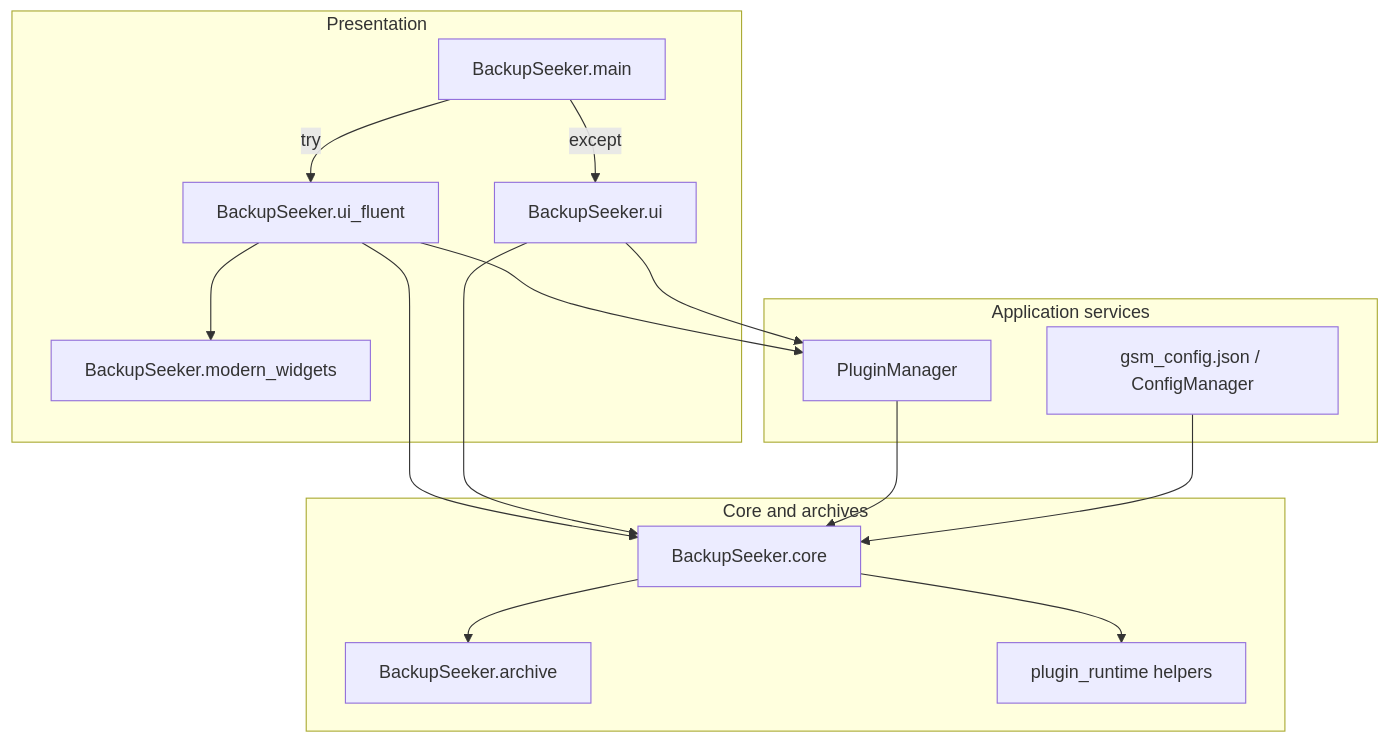
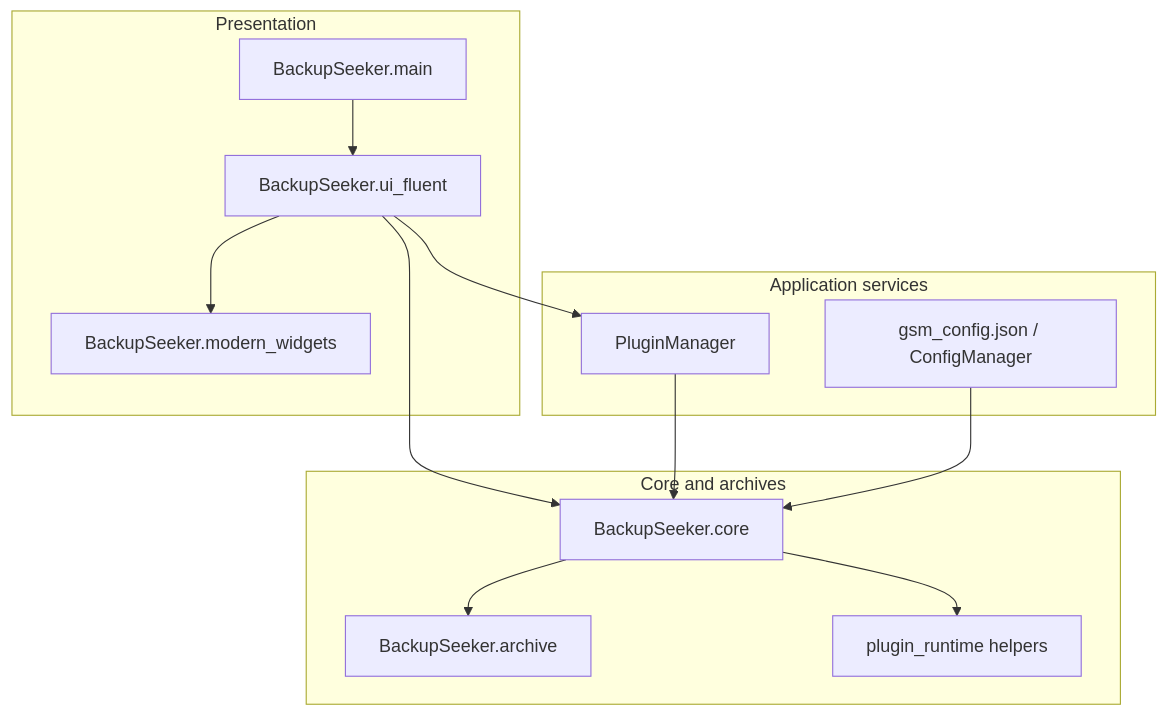
The diagram in Docs/ARCHITECTURE.md (RaSan147/BackupSeeker), drawn with Mermaid before and after one commit. The commit also changed other lines of this file and 10 other files, not shown here.

````diff
--- a/Docs/ARCHITECTURE.md
+++ b/Docs/ARCHITECTURE.md
@@ -7,29 +7,25 @@
 ```mermaid
 flowchart TB
   subgraph presentation [Presentation]
     MainEntry["BackupSeeker.main"]
     FluentPkg["BackupSeeker.ui_fluent"]
     ModernWidgets["BackupSeeker.modern_widgets"]
-    LegacyUI["BackupSeeker.ui"]
   end
   subgraph application [Application services]
     PM["PluginManager"]
     Config["gsm_config.json / ConfigManager"]
   end
   subgraph corelayer [Core and archives]
     CoreMod["BackupSeeker.core"]
     Archive["BackupSeeker.archive"]
     PluginRT["plugin_runtime helpers"]
   end
-  MainEntry -->|"try"| FluentPkg
-  MainEntry -->|"except"| LegacyUI
+  MainEntry --> FluentPkg
   FluentPkg --> ModernWidgets
   FluentPkg --> PM
-  LegacyUI --> PM
   FluentPkg --> CoreMod
-  LegacyUI --> CoreMod
   PM --> CoreMod
   Config --> CoreMod
   CoreMod --> Archive
   CoreMod --> PluginRT
 ```
````
